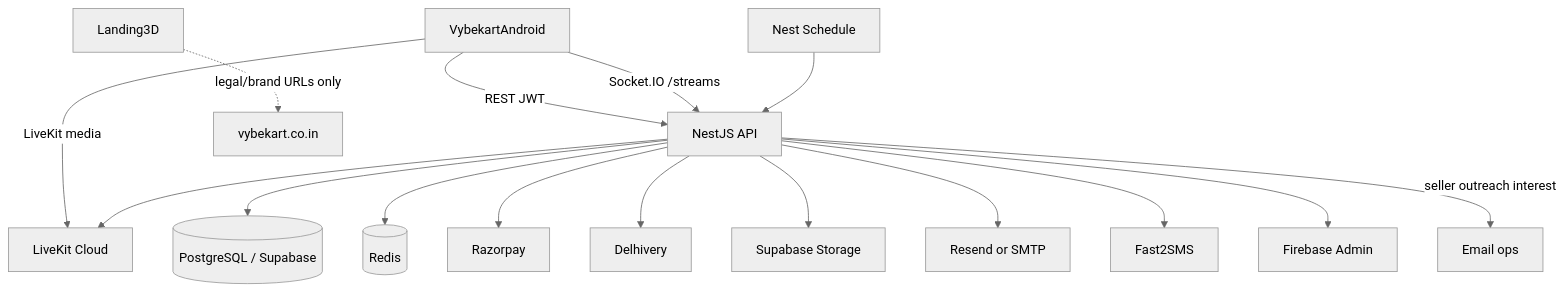
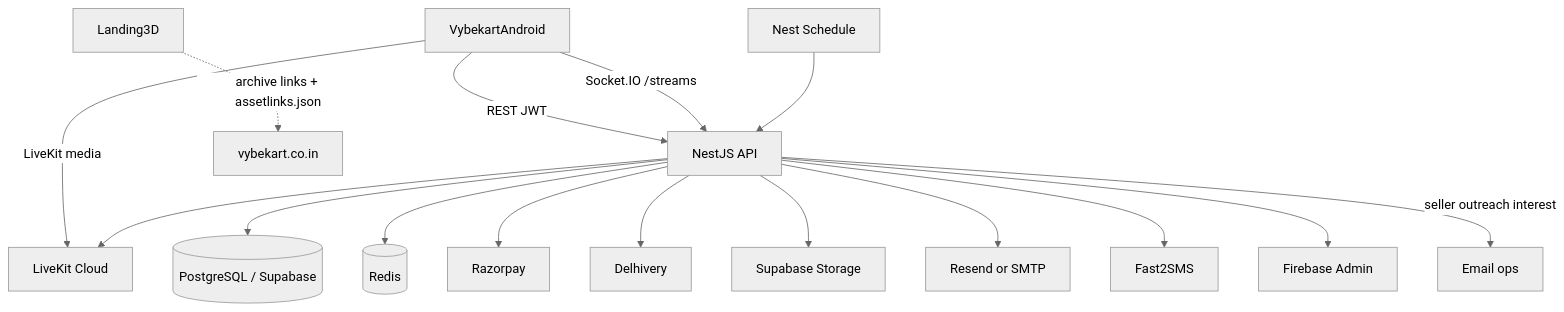
The diagram in Architecture.md (vybekart-ssh/Vybekart_Backend), drawn with Mermaid (neutral theme) before and after one commit. The commit also changed other lines of this file and 4 other files, not shown here.

````diff
--- a/Architecture.md
+++ b/Architecture.md
@@ -10,18 +10,18 @@
 ```mermaid
 flowchart TB
   Android[VybekartAndroid] -->|REST JWT| API[NestJS API]
   Android -->|Socket.IO /streams| API
   Android -->|LiveKit media| LK[LiveKit Cloud]
   API --> LK
   API --> PG[(PostgreSQL / Supabase)]
   API --> Redis[(Redis)]
   API --> RZ[Razorpay]
   API --> DL[Delhivery]
   API --> S3[Supabase Storage]
   API --> Mail[Resend or SMTP]
   API --> SMS[Fast2SMS]
   API --> FCM[Firebase Admin]
   Cron[Nest Schedule] --> API
-  Landing[Landing3D] -.->|legal/brand URLs only| Web[vybekart.co.in]
+  Landing[Landing3D] -.->|archive links + assetlinks.json| Web[vybekart.co.in]
   API -->|seller outreach interest| Ops[Email ops]
 ```
````
